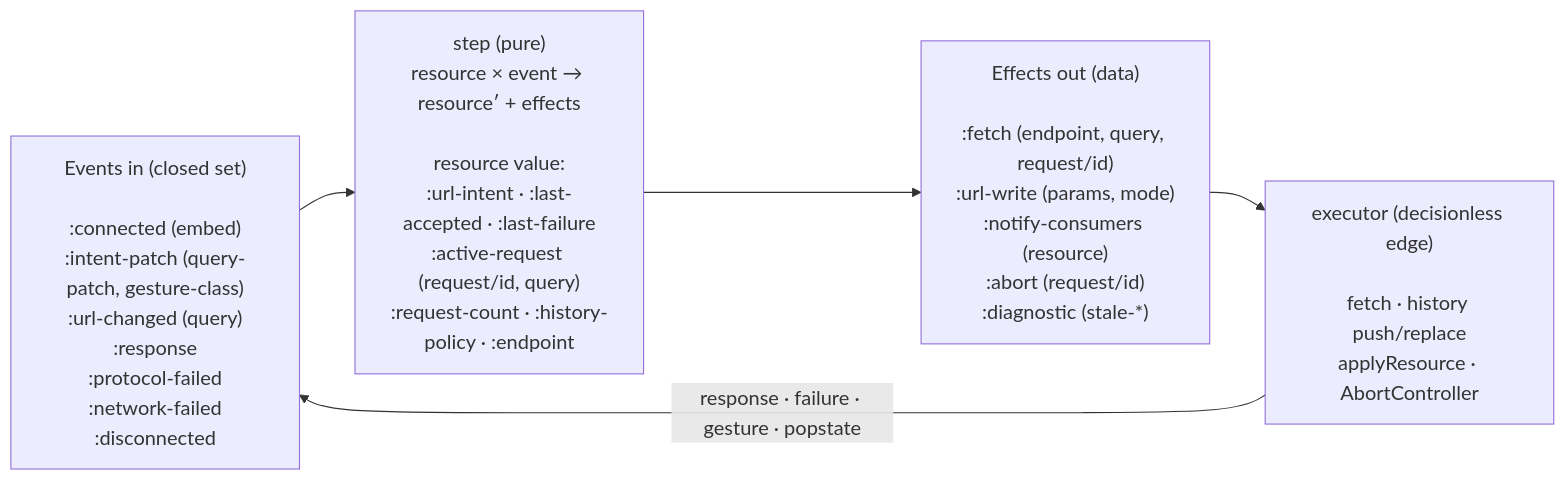
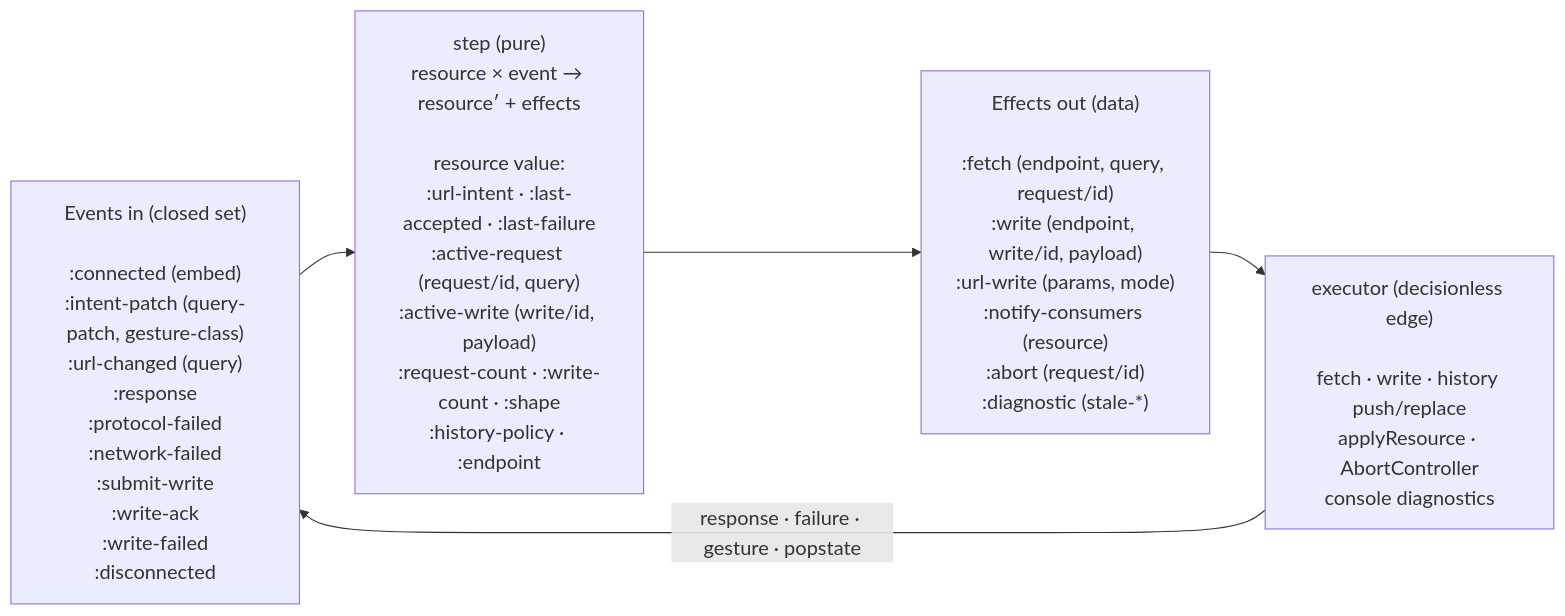
Before and after one commit to avanelsas/baredom: the second of 3 diagrams in barebuild/docs/architecture-diagram.md, drawn with Mermaid. The commit also changed other lines of this file and 6 other files, not shown here.

````diff
--- a/barebuild/docs/architecture-diagram.md
+++ b/barebuild/docs/architecture-diagram.md
@@ -76,14 +86,14 @@
 ```mermaid
 %%{init: {'themeVariables': {'fontSize': '18px'}}}%%
 flowchart LR
-  EVENTS["Events in (closed set)<br/><br/>:connected (embed)<br/>:intent-patch (query-patch, gesture-class)<br/>:url-changed (query)<br/>:response<br/>:protocol-failed<br/>:network-failed<br/>:disconnected"]
+  EVENTS["Events in (closed set)<br/><br/>:connected (embed)<br/>:intent-patch (query-patch, gesture-class)<br/>:url-changed (query)<br/>:response<br/>:protocol-failed<br/>:network-failed<br/>:submit-write<br/>:write-ack<br/>:write-failed<br/>:disconnected"]
 
-  STEP["step (pure)<br/>resource × event → resource′ + effects<br/><br/>resource value:<br/>:url-intent · :last-accepted · :last-failure<br/>:active-request (request/id, query)<br/>:request-count · :history-policy · :endpoint"]
+  STEP["step (pure)<br/>resource × event → resource′ + effects<br/><br/>resource value:<br/>:url-intent · :last-accepted · :last-failure<br/>:active-request (request/id, query)<br/>:active-write (write/id, payload)<br/>:request-count · :write-count · :shape<br/>:history-policy · :endpoint"]
 
-  EFFECTS["Effects out (data)<br/><br/>:fetch (endpoint, query, request/id)<br/>:url-write (params, mode)<br/>:notify-consumers (resource)<br/>:abort (request/id)<br/>:diagnostic (stale-*)"]
+  EFFECTS["Effects out (data)<br/><br/>:fetch (endpoint, query, request/id)<br/>:write (endpoint, write/id, payload)<br/>:url-write (params, mode)<br/>:notify-consumers (resource)<br/>:abort (request/id)<br/>:diagnostic (stale-*)"]
 
-  EXEC["executor (decisionless edge)<br/><br/>fetch · history push/replace<br/>applyResource · AbortController"]
+  EXEC["executor (decisionless edge)<br/><br/>fetch · write · history push/replace<br/>applyResource · AbortController<br/>console diagnostics"]
 
   EVENTS --> STEP --> EFFECTS --> EXEC
   EXEC -->|"response · failure · gesture · popstate"| EVENTS
 ```
````
